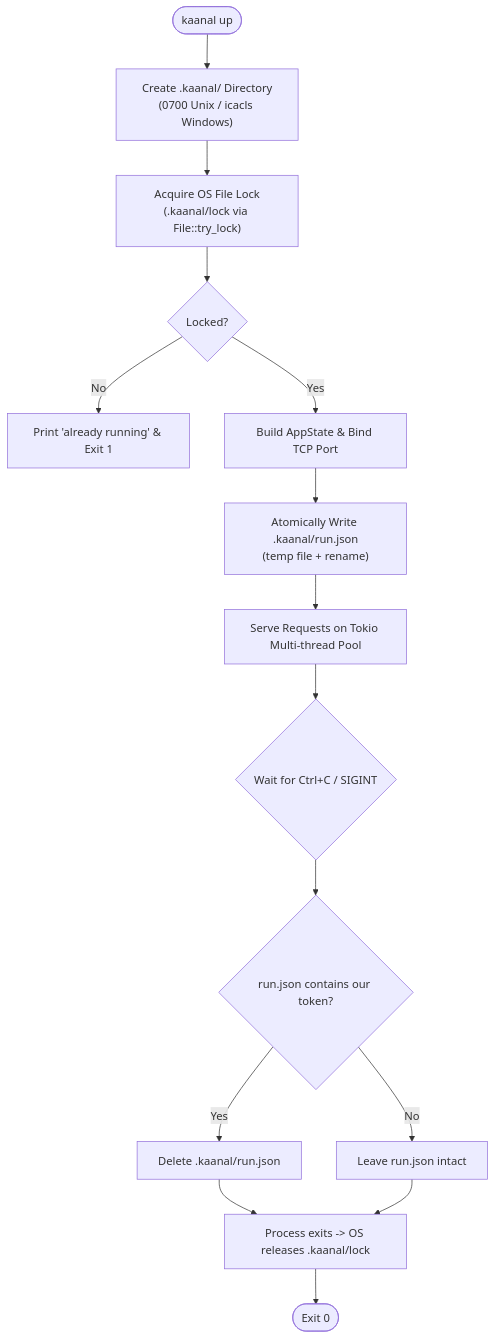
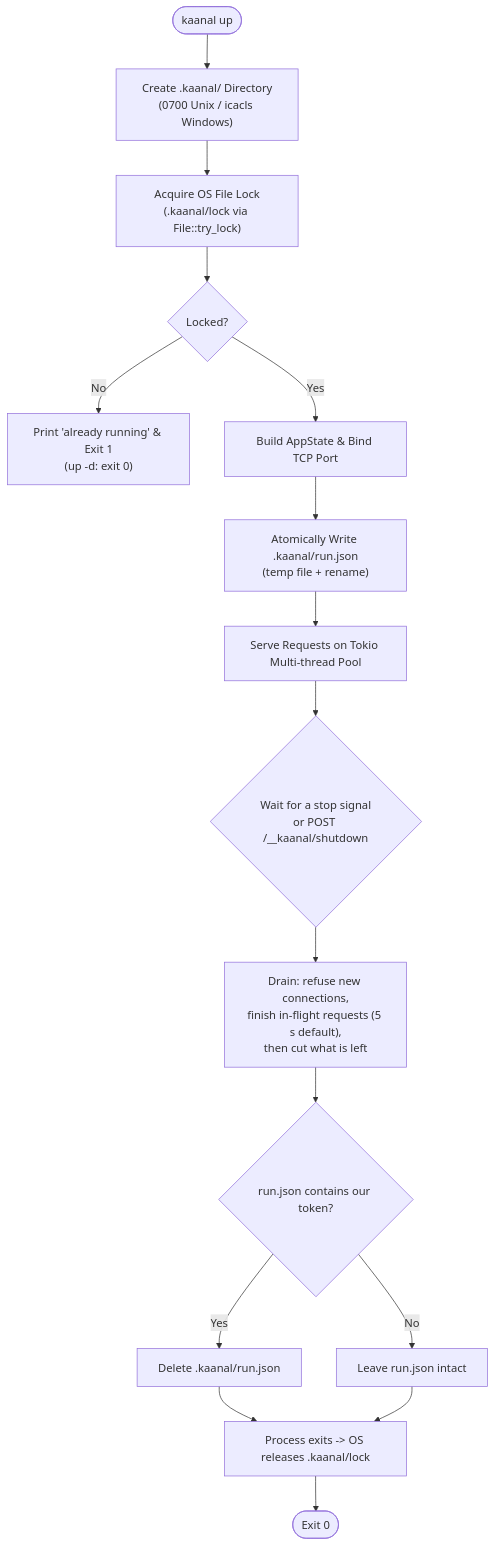
The seventh of 7 diagrams in docs/source/architecture.md (Naveen2070/kaanal), drawn with Mermaid before and after one commit. The commit also changed other lines of this file and 31 other files, not shown here.

````diff
--- a/docs/source/architecture.md
+++ b/docs/source/architecture.md
@@ -289,19 +289,20 @@
 ```mermaid
 flowchart TD
     Start(["kaanal up"]) --> PrivDir["Create .kaanal/ Directory<br/>(0700 Unix / icacls Windows)"]
     PrivDir --> Lock["Acquire OS File Lock<br/>(.kaanal/lock via File::try_lock)"]
     Lock --> CheckLock{Locked?}
 
-    CheckLock -- No --> ExitBusy["Print 'already running' & Exit 1"]
+    CheckLock -- No --> ExitBusy["Print 'already running' & Exit 1<br/>(up -d: exit 0)"]
     CheckLock -- Yes --> Init["Build AppState & Bind TCP Port"]
     Init --> RunFile["Atomically Write .kaanal/run.json<br/>(temp file + rename)"]
     RunFile --> Serve["Serve Requests on Tokio Multi-thread Pool"]
 
-    Serve --> SigWait{"Wait for Ctrl+C / SIGINT"}
-    SigWait --> TokenCheck{"run.json contains our token?"}
+    Serve --> SigWait{"Wait for a stop signal<br/>or POST /__kaanal/shutdown"}
+    SigWait --> Drain["Drain: refuse new connections,<br/>finish in-flight requests (5 s default),<br/>then cut what is left"]
+    Drain --> TokenCheck{"run.json contains our token?"}
     TokenCheck -- Yes --> Unlink["Delete .kaanal/run.json"]
     TokenCheck -- No --> Keep["Leave run.json intact"]
     Unlink --> KernelUnlock["Process exits -> OS releases .kaanal/lock"]
     Keep --> KernelUnlock
     KernelUnlock --> Terminate(["Exit 0"])
 ```
````
